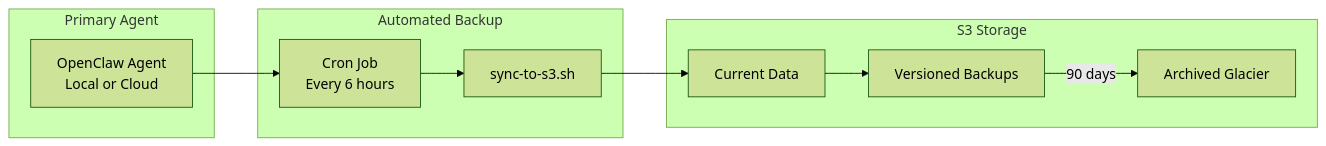
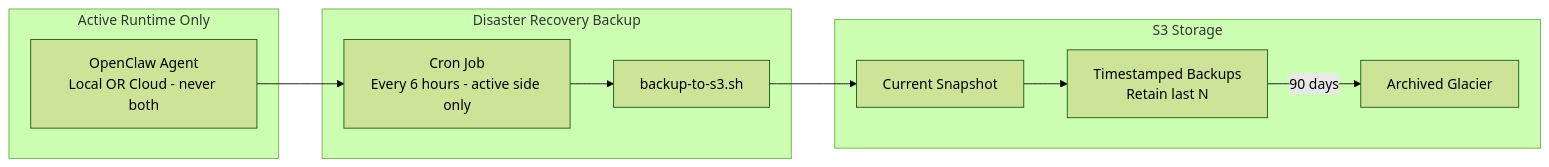
Before and after one commit to AbinashGupta/openclaw: the fifth of 6 diagrams in OC-EXT-CLOUD-MIGRATION-PLAN.md, drawn with Mermaid (forest theme). The commit also changed other lines of this file and 2 other files, not shown here.

Commit message:
Docs: add cloud migration phases, first-deploy guide, and plan clarifications

````diff
--- a/OC-EXT-CLOUD-MIGRATION-PLAN.md
+++ b/OC-EXT-CLOUD-MIGRATION-PLAN.md
@@ -1982,23 +2126,23 @@
 ```mermaid
 graph LR
-    subgraph primary [Primary Agent]
-        agent[OpenClaw Agent<br/>Local or Cloud]
+    subgraph primary [Active Runtime Only]
+        agent[OpenClaw Agent<br/>Local OR Cloud - never both]
     end
     
-    subgraph backup [Automated Backup]
-        cron[Cron Job<br/>Every 6 hours]
-        script[sync-to-s3.sh]
+    subgraph backup [Disaster Recovery Backup]
+        cron[Cron Job<br/>Every 6 hours - active side only]
+        script[backup-to-s3.sh]
     end
     
     subgraph storage [S3 Storage]
-        current[Current Data]
-        versioned[Versioned Backups]
+        current[Current Snapshot]
+        versioned[Timestamped Backups<br/>Retain last N]
         archived[Archived Glacier]
     end
     
     agent --> cron
     cron --> script
     script --> current
     current --> versioned
     versioned -->|90 days| archived
 ```
````
